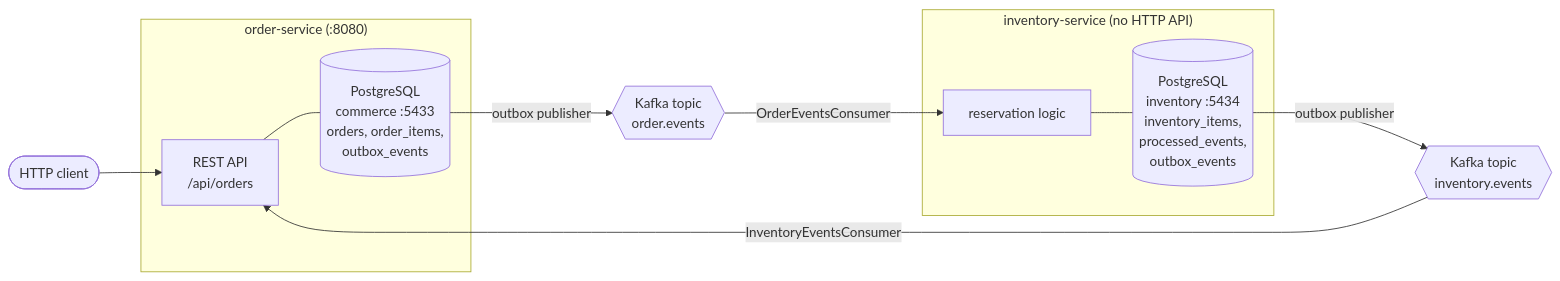
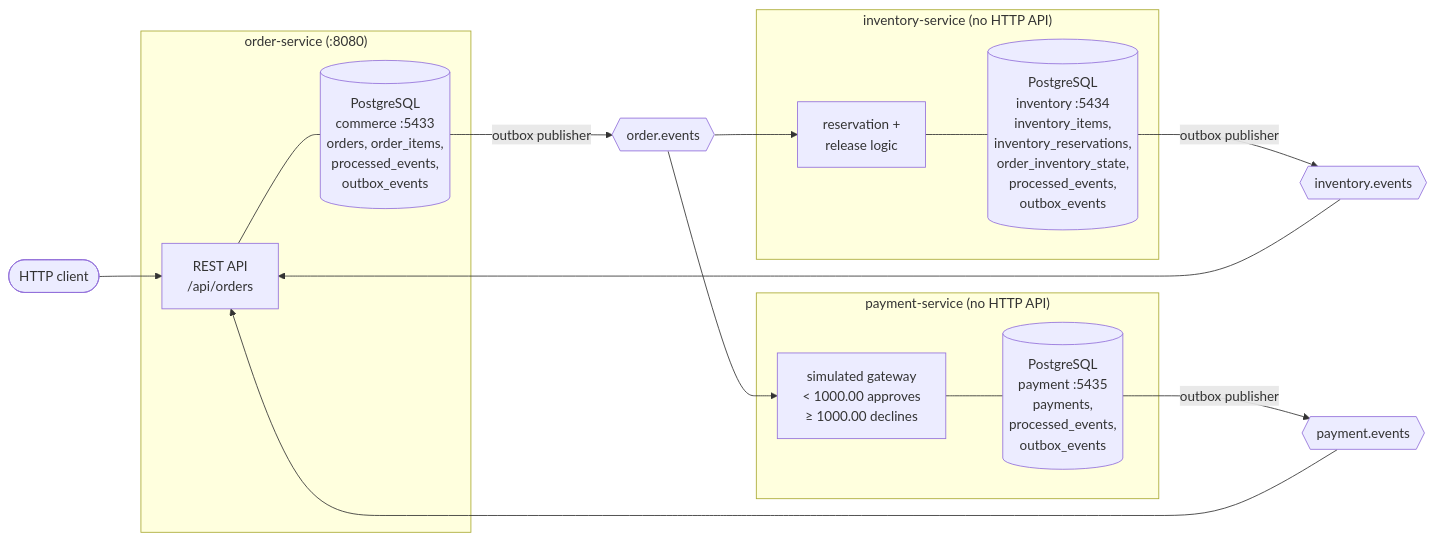
One commit to ahmet-keles/event-driven-commerce changed the diagram in docs/ARCHITECTURE.md. Above: the diagram before and after it, drawn with Mermaid. The commit also changed other lines of this file and 4 other files, not shown here.

````diff
--- a/docs/ARCHITECTURE.md
+++ b/docs/ARCHITECTURE.md
@@ -15,25 +12,35 @@
 ```mermaid
 flowchart LR
     client([HTTP client])
 
     subgraph order["order-service (:8080)"]
         orderapi["REST API<br/>/api/orders"]
-        orderdb[("PostgreSQL<br/>commerce :5433<br/>orders, order_items,<br/>outbox_events")]
+        orderdb[("PostgreSQL<br/>commerce :5433<br/>orders, order_items,<br/>processed_events,<br/>outbox_events")]
     end
 
     subgraph inventory["inventory-service (no HTTP API)"]
-        invlogic["reservation logic"]
-        invdb[("PostgreSQL<br/>inventory :5434<br/>inventory_items,<br/>processed_events,<br/>outbox_events")]
+        invlogic["reservation +<br/>release logic"]
+        invdb[("PostgreSQL<br/>inventory :5434<br/>inventory_items,<br/>inventory_reservations,<br/>order_inventory_state,<br/>processed_events,<br/>outbox_events")]
     end
 
-    ordertopic{{"Kafka topic<br/>order.events"}}
-    inventorytopic{{"Kafka topic<br/>inventory.events"}}
+    subgraph payment["payment-service (no HTTP API)"]
+        paylogic["simulated gateway<br/>&lt; 1000.00 approves<br/>&ge; 1000.00 declines"]
+        paydb[("PostgreSQL<br/>payment :5435<br/>payments,<br/>processed_events,<br/>outbox_events")]
+    end
+
+    ordertopic{{"order.events"}}
+    inventorytopic{{"inventory.events"}}
+    paymenttopic{{"payment.events"}}
 
     client --> orderapi
     orderapi --- orderdb
     orderdb -- "outbox publisher" --> ordertopic
-    ordertopic -- "OrderEventsConsumer" --> invlogic
+    ordertopic --> invlogic
+    ordertopic --> paylogic
     invlogic --- invdb
     invdb -- "outbox publisher" --> inventorytopic
-    inventorytopic -- "InventoryEventsConsumer" --> orderapi
+    inventorytopic --> orderapi
+    paylogic --- paydb
+    paydb -- "outbox publisher" --> paymenttopic
+    paymenttopic --> orderapi
 ```
````
